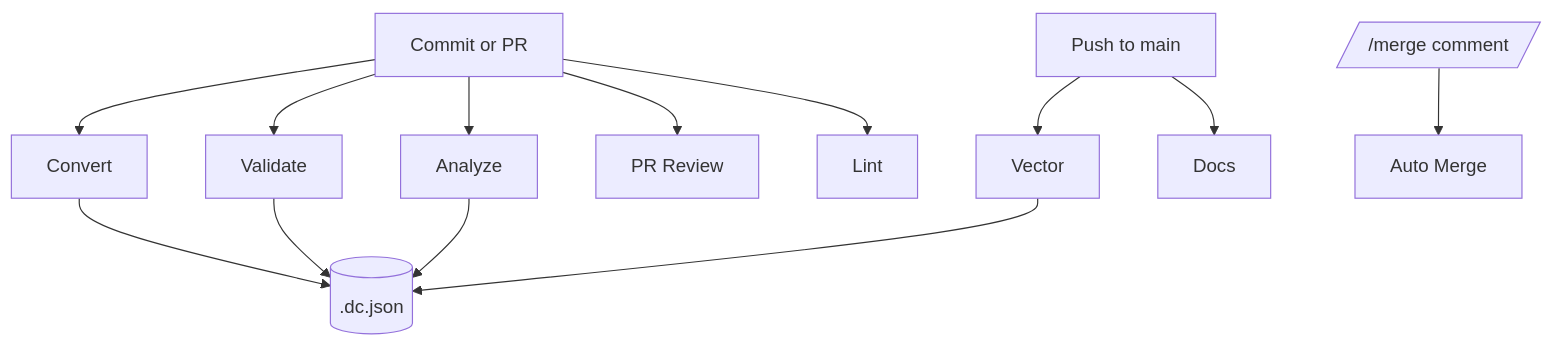
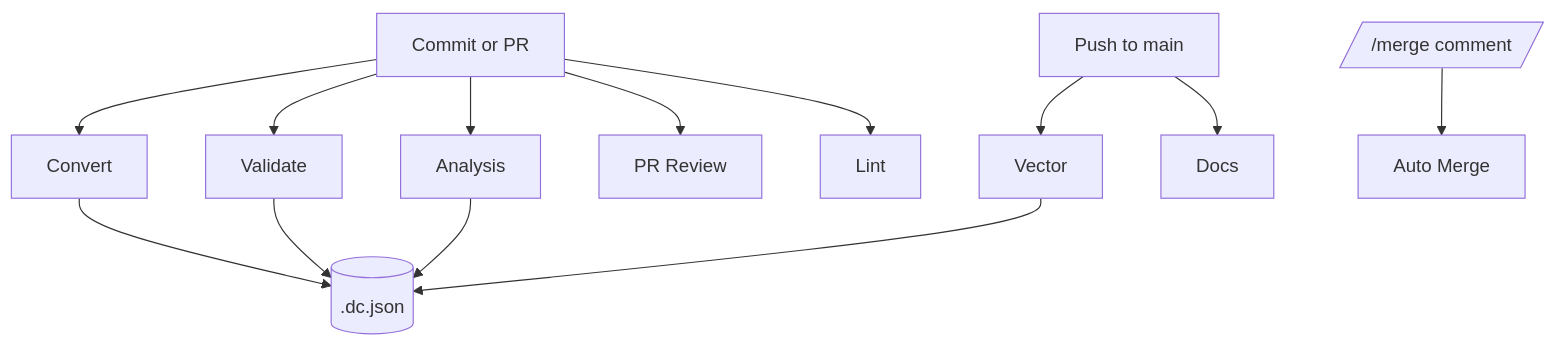
The second of 2 diagrams in README.md (alangunning/doc-ai-analysis-starter), drawn with Mermaid before and after one commit. The commit also changed other lines of this file and 5 other files, not shown here.

````diff
--- a/README.md
+++ b/README.md
@@ -197,15 +197,15 @@
 ```mermaid
 flowchart TD
     A[Commit or PR] --> B[Convert]
     A --> C[Validate]
-    A --> D[Analyze]
+    A --> D[Analysis]
     A --> E[PR Review]
     A --> F[Lint]
     Main[Push to main] --> G[Vector]
     Main --> H[Docs]
     Comment[/"/merge" comment/] --> I[Auto Merge]
     B --> M[(.dc.json)]
     C --> M
     D --> M
     G --> M
 ```
````
